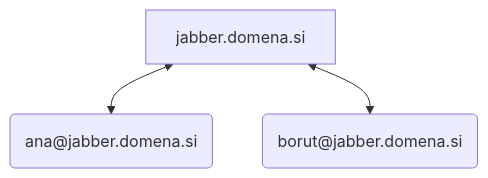
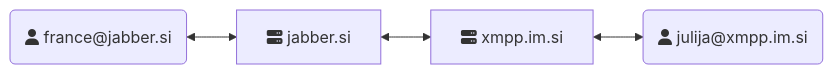
Before and after one commit to nikolabr/kp-seminar: the second of 2 diagrams in report/seminar.org, drawn with Mermaid. The commit also changed other lines of this file and 4 other files, not shown here.

```diff
--- a/report/seminar.org
+++ b/report/seminar.org
@@ -49,7 +67,13 @@
-#+begin_src mermaid :file images/local-server.png
-graph TD
- D[jabber.domena.si]
+#+begin_src mermaid :file images/cross-server.png
+graph LR
+ D[fa:fa-server jabber.si]
+ A("fa:fa-user france#64;jabber.si")
 
- D <--> A("ana#64;jabber.domena.si")
- D <--> B("borut#64;jabber.domena.si")
+ E[fa:fa-server xmpp.im.si]
+ B("fa:fa-user julija#64;xmpp.im.si")
+
+ A <--> D
+ E <--> B
+
+ D <--> E
 #+end_src
```
